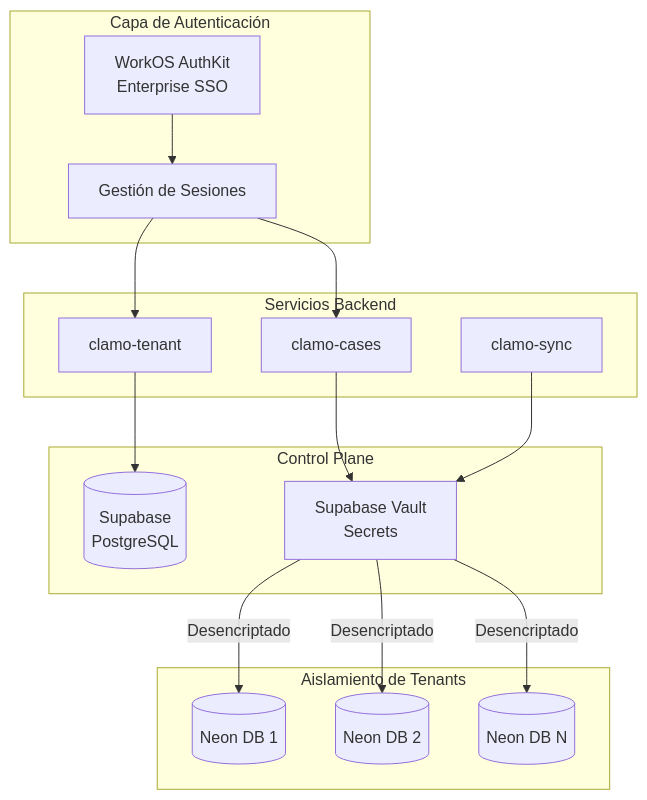
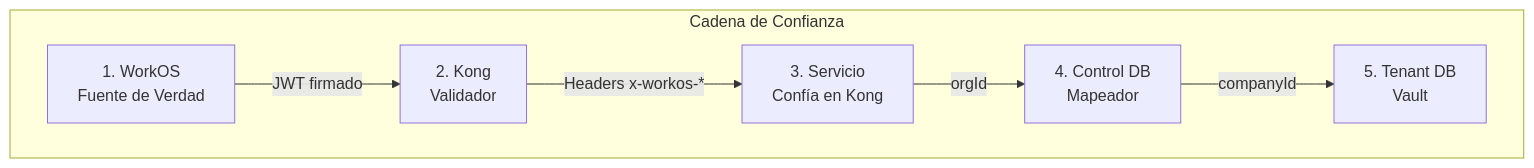
Before and after one commit to GetClamo/docs: the first of 3 diagrams in es/arquitectura/seguridad.mdx, drawn with Mermaid. The commit also changed other lines of this file and 10 other files, not shown here.

First line of the commit message:
docs: update architecture documentation for data model, RRS pattern, service SDKs, and security

````diff
--- a/es/arquitectura/seguridad.mdx
+++ b/es/arquitectura/seguridad.mdx
@@ -12,36 +12,15 @@
 ```mermaid
 flowchart TB
-    subgraph Auth [Capa de Autenticación]
-        WorkOS[WorkOS AuthKit<br/>Enterprise SSO]
-        Session[Gestión de Sesiones]
+    subgraph Trust [Cadena de Confianza]
+        WorkOS[1. WorkOS<br/>Fuente de Verdad]
+        Kong[2. Kong<br/>Validador]
+        Service[3. Servicio<br/>Confía en Kong]
+        Control[4. Control DB<br/>Mapeador]
+        Tenant[5. Tenant DB<br/>Vault]
     end
     
-    subgraph Control [Control Plane]
-        Supabase[(Supabase<br/>PostgreSQL)]
-        Vault[Supabase Vault<br/>Secrets]
-    end
-    
-    subgraph Tenant [Aislamiento de Tenants]
-        Neon1[(Neon DB 1)]
-        Neon2[(Neon DB 2)]
-        NeonN[(Neon DB N)]
-    end
-    
-    subgraph Services [Servicios Backend]
-        TenantSvc[clamo-tenant]
-        CasesSvc[clamo-cases]
-        Sync[clamo-sync]
-    end
-    
-    WorkOS --> Session
-    Session --> TenantSvc
-    Session --> CasesSvc
-    
-    TenantSvc --> Supabase
-    CasesSvc --> Vault
-    Sync --> Vault
-    
-    Vault -->|Desencriptado| Neon1
-    Vault -->|Desencriptado| Neon2
-    Vault -->|Desencriptado| NeonN
+    WorkOS -->|JWT firmado| Kong
+    Kong -->|Headers x-workos-*| Service
+    Service -->|orgId| Control
+    Control -->|companyId| Tenant
 ```
````
